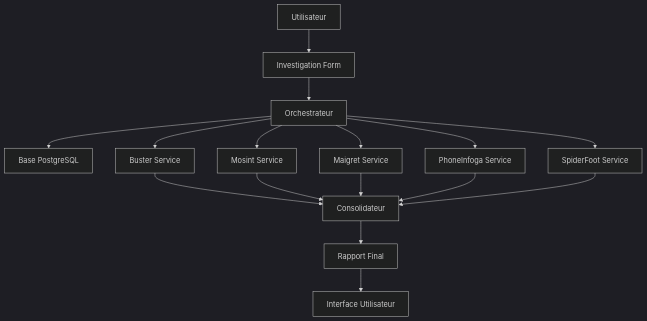
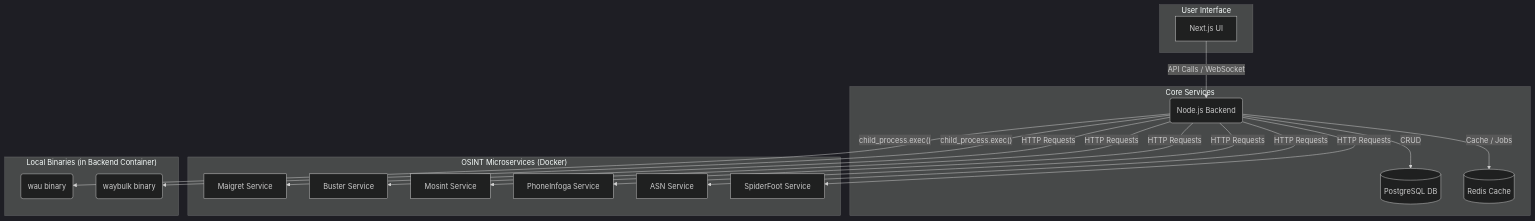
Before and after one commit to Alzok/NumOSINT: the diagram in README.md, drawn with Mermaid (dark theme). The commit also changed other lines of this file and 53 other files, not shown here.

First line of the commit message:
Enhances OSINT investigation with new tools and features

````diff
--- a/README.md
+++ b/README.md
@@ -79,21 +44,40 @@
 ```mermaid
 graph TD
-    A[Utilisateur] --> B[Investigation Form]
-    B --> C[Orchestrateur]
-    C --> D[Base PostgreSQL]
-    
-    C --> E1[Buster Service]
-    C --> E2[Mosint Service] 
-    C --> E3[Maigret Service]
-    C --> E4[PhoneInfoga Service]
-    C --> E5[SpiderFoot Service]
-    
-    E1 --> F[Consolidateur]
-    E2 --> F
-    E3 --> F
-    E4 --> F
-    E5 --> F
-    
-    F --> G[Rapport Final]
-    G --> H[Interface Utilisateur]
+    subgraph "User Interface"
+        Frontend[Next.js UI]
+    end
+
+    subgraph "Core Services"
+        Backend(Node.js Backend)
+        Postgres[(PostgreSQL DB)]
+        Redis[(Redis Cache)]
+    end
+
+    subgraph "OSINT Microservices (Docker)"
+        Maigret[Maigret Service]
+        Buster[Buster Service]
+        Mosint[Mosint Service]
+        PhoneInfoga[PhoneInfoga Service]
+        ASN[ASN Service]
+        SpiderFoot[SpiderFoot Service]
+    end
+
+    subgraph "Local Binaries (in Backend Container)"
+        Wau(wau binary)
+        Waybulk(waybulk binary)
+    end
+
+    Frontend -- API Calls / WebSocket --> Backend
+    Backend -- CRUD --> Postgres
+    Backend -- Cache / Jobs --> Redis
+
+    Backend -- HTTP Requests --> Maigret
+    Backend -- HTTP Requests --> Buster
+    Backend -- HTTP Requests --> Mosint
+    Backend -- HTTP Requests --> PhoneInfoga
+    Backend -- HTTP Requests --> ASN
+    Backend -- HTTP Requests --> SpiderFoot
+
+    Backend -- child_process.exec() --> Wau
+    Backend -- child_process.exec() --> Waybulk
 ```
````
